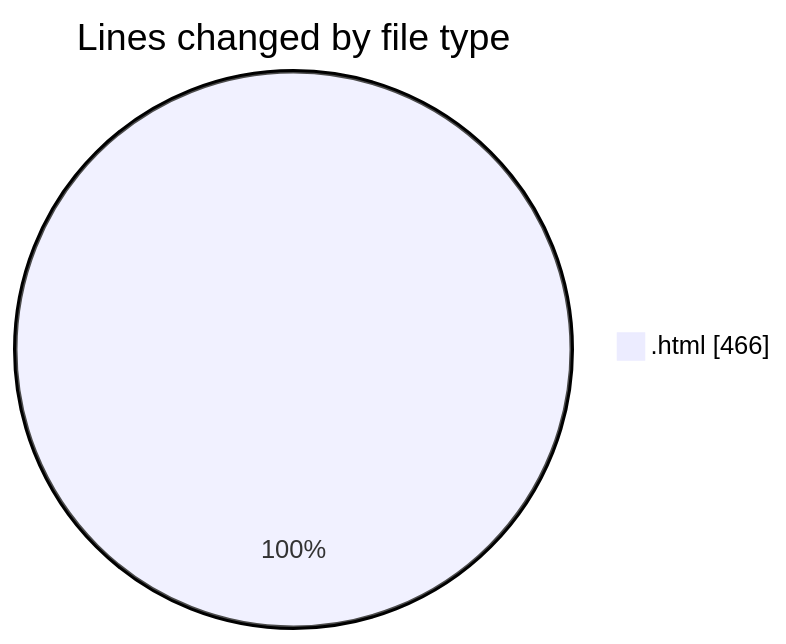
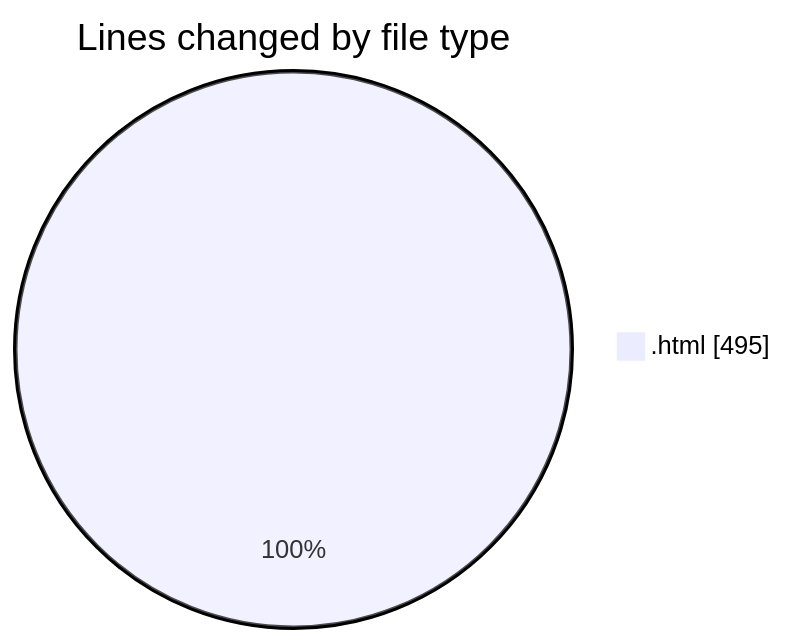
One commit to LanceThiago/code-tracking changed the first of 2 diagrams in 2025-01-08/nueva_carpeta/README.md. Above: the diagram before and after it, drawn with Mermaid. The commit also changed other lines of this file and 1 other file, not shown here.

````diff
--- a/2025-01-08/nueva_carpeta/README.md
+++ b/2025-01-08/nueva_carpeta/README.md
@@ -20,5 +20,5 @@
 ```mermaid
 pie showData
 title Lines changed by file type
-".html" : 466
+".html" : 495
 ```
````
